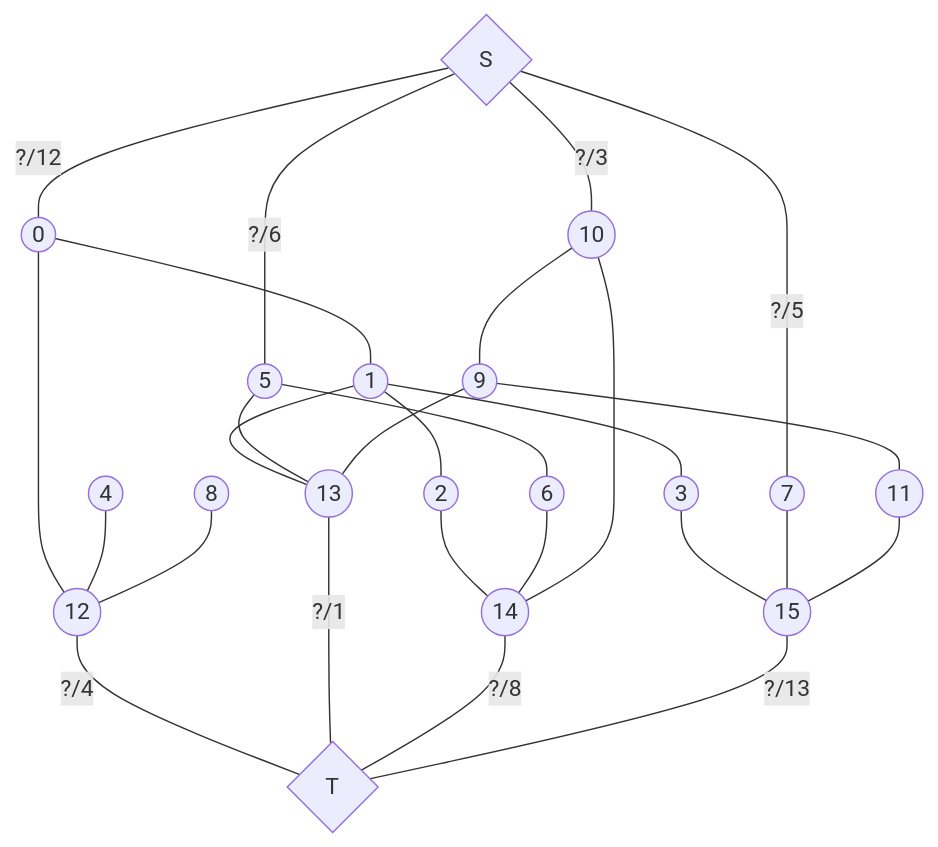
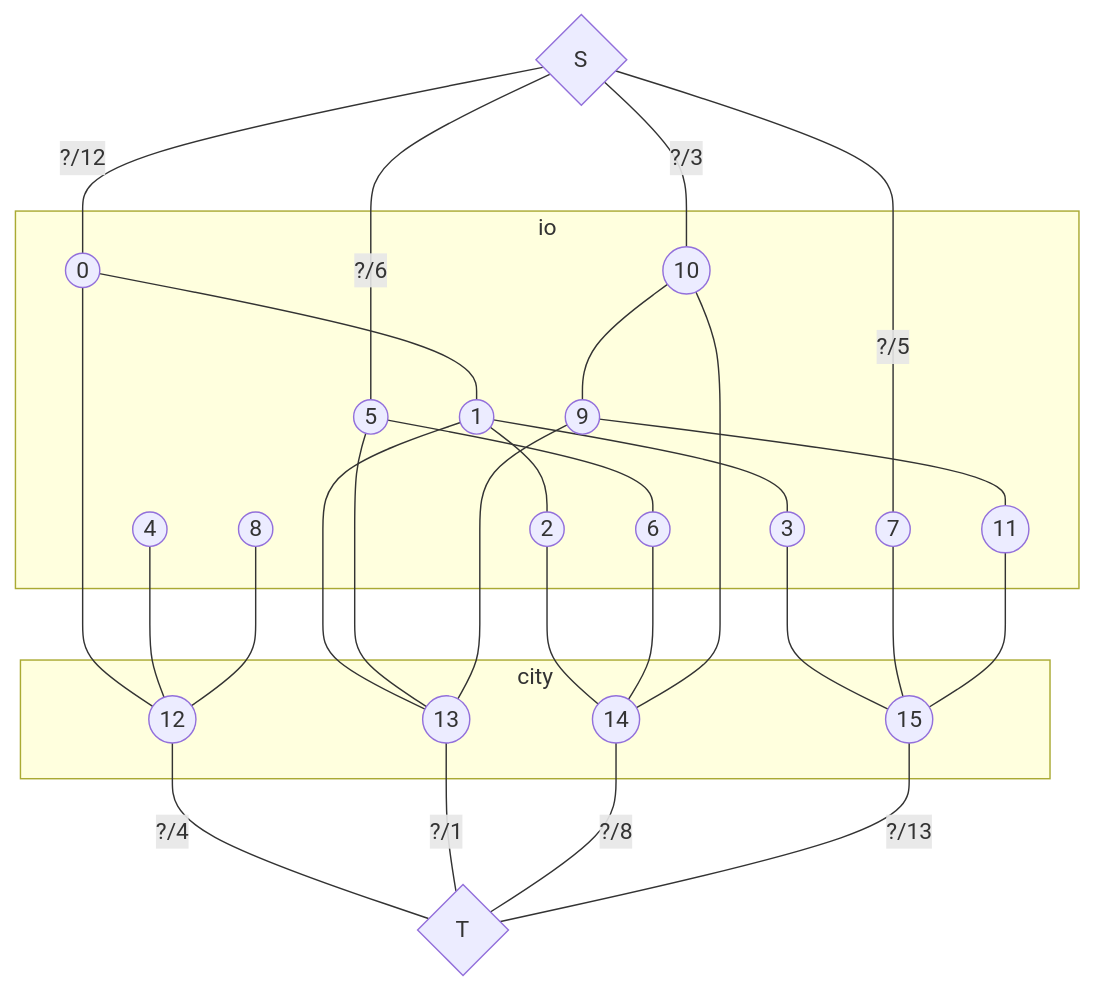
Before and after one commit to bfeitknecht/vault: the third of 3 diagrams in sem2/AuW/UE/cx/bf/cx12-great-harvest.md, drawn with Mermaid.

Commit message:
backup: 2024-07-02 13:26:00 from MacBook Pro (echo)
Affected files:
sem2/AuW/UE/cx/bf/cx12-great-harvest.md

````diff
--- a/sem2/AuW/UE/cx/bf/cx12-great-harvest.md
+++ b/sem2/AuW/UE/cx/bf/cx12-great-harvest.md
@@ -80,58 +80,82 @@
 ```mermaid
 flowchart TD
 
 idS{"S"}
 idT{"T"}
 
 %% variety 1
 id1a((0))
 id2a((1))
 id3a((2))
 id4a((3))
 
 %% variety 2
 id1b((4))
 id2b((5))
 id3b((6))
 id4b((7))
 
 %% variety 3
 id1c((8))
 id2c((9))
 id3c((10))
 id4c((11))
 
 %% cities
 id1((12))
 id2((13))
 id3((14))
 id4((15))
   
 
 %%%%%%%%%%%%%%%%%%%%%%%%%%%%%%%%%%%%%%%%%%%%
 
 idS ---|"?/12"| id1a
 idS ---|"?/6"| id2b
 idS ---|"?/3"| id3c
 idS ---|"?/5"| id4b
 
+subgraph io
+	id1a
+	id2a
+	id3a
+	id4a
+	
+	id1b
+	id2b
+	id3b
+	id4b
+	
+	id1c
+	id2c
+	id3c
+	id4c
+end
+
+subgraph city
+id1
+id2
+id3
+id4
+end
+
 id1a & id1b & id1c --- id1
 id2a & id2b & id2c --- id2
 id3a & id3b & id3c --- id3
 id4a & id4b & id4c --- id4
 
 id1a --- id2a
 
 id2a --- id3a & id4a
 id2b --- id3b
 id2c --- id4c
 
 id3c --- id2c
 
 id1 ---|"?/4"| idT
 id2 ---|"?/1"| idT
 id3 ---|"?/8"| idT
 id4 ---|"?/13"| idT
 
 
 ```
````
